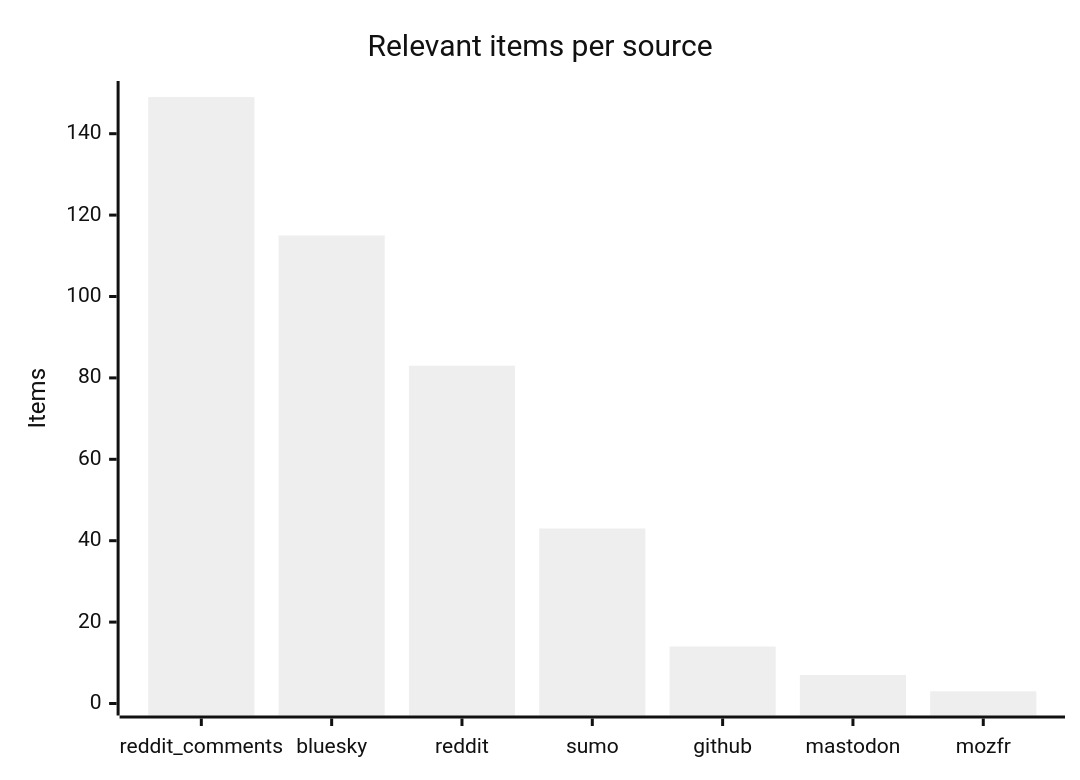
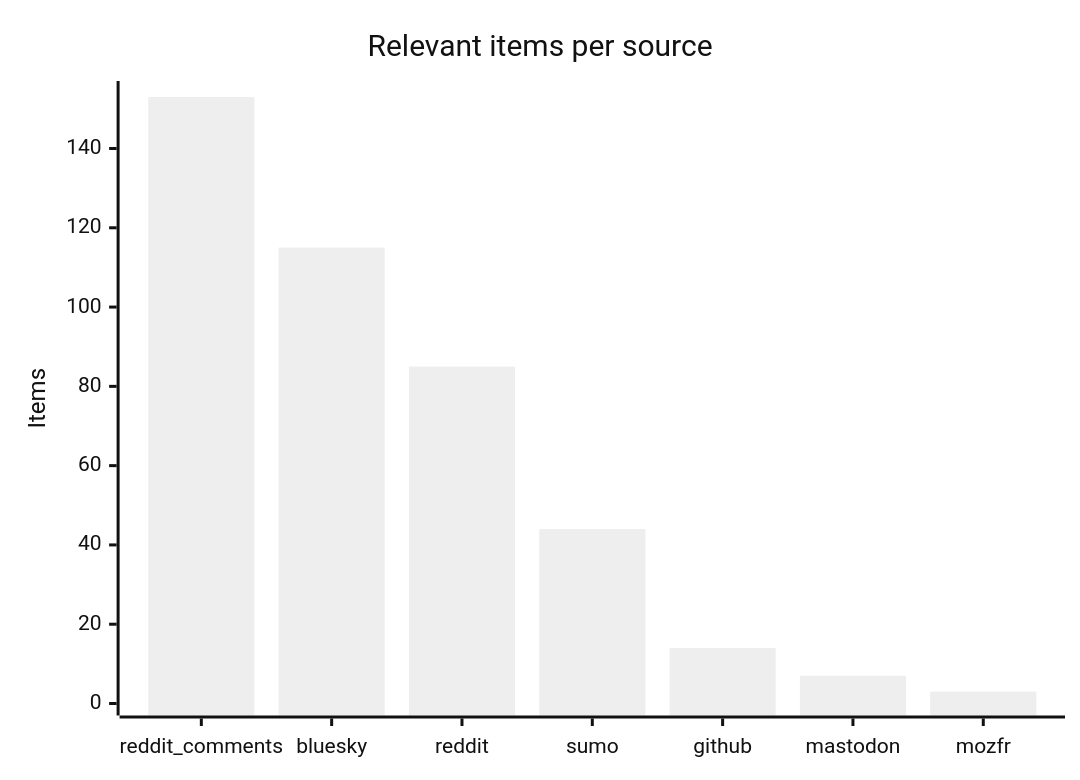
One commit to martinbalfanz/social-scanner-reports changed the third of 4 diagrams in README.md. Above: the diagram before and after it, drawn with Mermaid (neutral theme). The commit also changed other lines of this file and 4 other files, not shown here.

````diff
--- a/README.md
+++ b/README.md
@@ -48,7 +48,7 @@
 ```mermaid
 xychart-beta
     title "Relevant items per source"
     x-axis ["reddit_comments", "bluesky", "reddit", "sumo", "github", "mastodon", "mozfr"]
-    y-axis "Items" 0 --> 150
-    bar [149, 115, 83, 43, 14, 7, 3]
+    y-axis "Items" 0 --> 154
+    bar [153, 115, 85, 44, 14, 7, 3]
 ```
````
